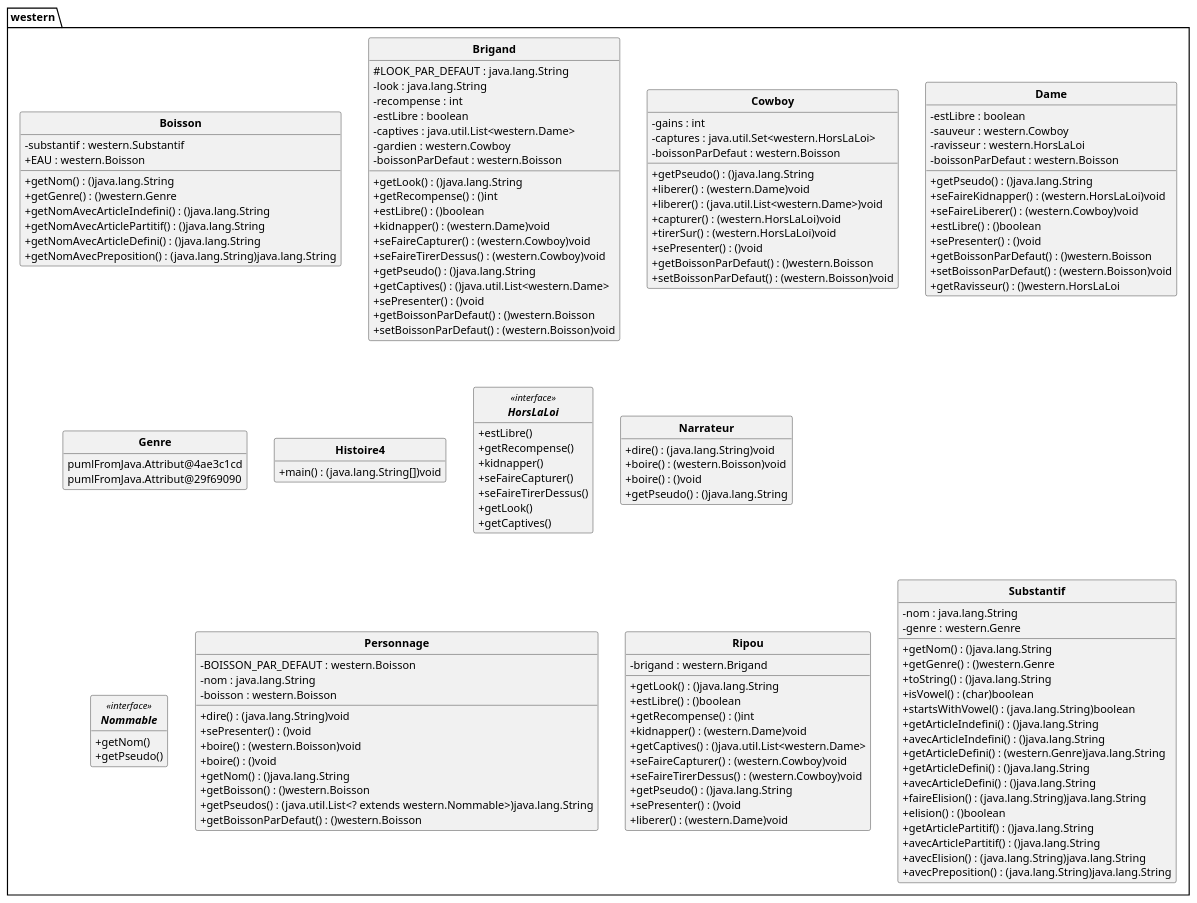
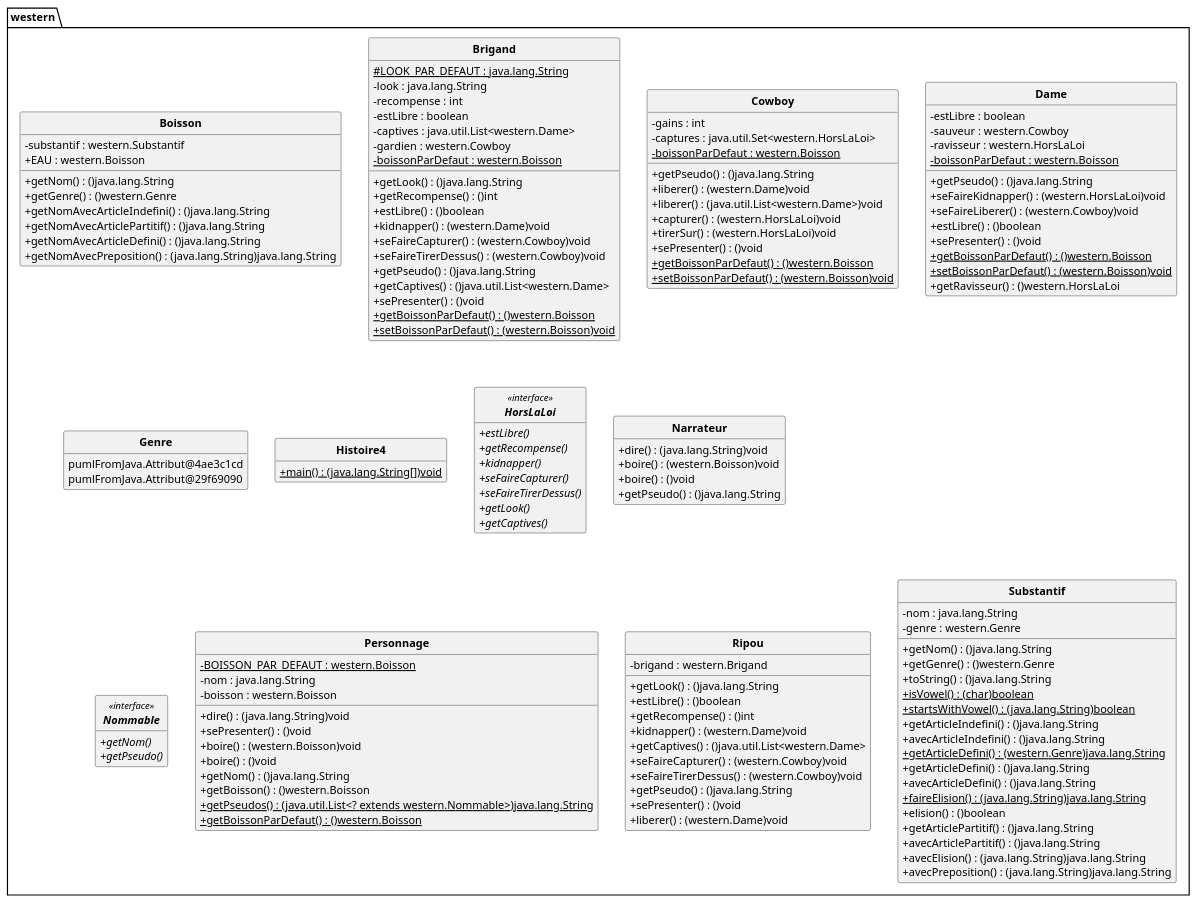
Before and after one commit to DimToups/Java-to-PUML-converter: the diagram in out/production/p21_projet/pumlFromJava/westernClass.puml, drawn with PlantUML. The commit also changed 4 other files, not shown here.

```diff
--- a/out/production/p21_projet/pumlFromJava/westernClass.puml
+++ b/out/production/p21_projet/pumlFromJava/westernClass.puml
@@ -1,153 +1,153 @@
 @startuml
 'https://plantuml.com/class-diagram
 skinparam style strictuml
 skinparam classAttributeIconSize 0
 skinparam classFontStyle Bold
 
 hide empty members
 
 package western{
 class Boisson{
 - substantif : western.Substantif
 + EAU : western.Boisson
 + getNom() : ()java.lang.String
 + getGenre() : ()western.Genre
 + getNomAvecArticleIndefini() : ()java.lang.String
 + getNomAvecArticlePartitif() : ()java.lang.String
 + getNomAvecArticleDefini() : ()java.lang.String
 + getNomAvecPreposition() : (java.lang.String)java.lang.String
 }
 
 class Brigand{
-# LOOK_PAR_DEFAUT : java.lang.String
+# LOOK_PAR_DEFAUT : java.lang.String {static}
 - look : java.lang.String
 - recompense : int
 - estLibre : boolean
 - captives : java.util.List<western.Dame>
 - gardien : western.Cowboy
-- boissonParDefaut : western.Boisson
+- boissonParDefaut : western.Boisson {static}
 + getLook() : ()java.lang.String
 + getRecompense() : ()int
 + estLibre() : ()boolean
 + kidnapper() : (western.Dame)void
 + seFaireCapturer() : (western.Cowboy)void
 + seFaireTirerDessus() : (western.Cowboy)void
 + getPseudo() : ()java.lang.String
 + getCaptives() : ()java.util.List<western.Dame>
 + sePresenter() : ()void
-+ getBoissonParDefaut() : ()western.Boisson
-+ setBoissonParDefaut() : (western.Boisson)void
++ getBoissonParDefaut() {static} : ()western.Boisson
++ setBoissonParDefaut() {static} : (western.Boisson)void
 }
 
 class Cowboy{
 - gains : int
 - captures : java.util.Set<western.HorsLaLoi>
-- boissonParDefaut : western.Boisson
+- boissonParDefaut : western.Boisson {static}
 + getPseudo() : ()java.lang.String
 + liberer() : (western.Dame)void
 + liberer() : (java.util.List<western.Dame>)void
 + capturer() : (western.HorsLaLoi)void
 + tirerSur() : (western.HorsLaLoi)void
 + sePresenter() : ()void
-+ getBoissonParDefaut() : ()western.Boisson
-+ setBoissonParDefaut() : (western.Boisson)void
++ getBoissonParDefaut() {static} : ()western.Boisson
++ setBoissonParDefaut() {static} : (western.Boisson)void
 }
 
 class Dame{
 - estLibre : boolean
 - sauveur : western.Cowboy
 - ravisseur : western.HorsLaLoi
-- boissonParDefaut : western.Boisson
+- boissonParDefaut : western.Boisson {static}
 + getPseudo() : ()java.lang.String
 + seFaireKidnapper() : (western.HorsLaLoi)void
 + seFaireLiberer() : (western.Cowboy)void
 + estLibre() : ()boolean
 + sePresenter() : ()void
-+ getBoissonParDefaut() : ()western.Boisson
-+ setBoissonParDefaut() : (western.Boisson)void
++ getBoissonParDefaut() {static} : ()western.Boisson
++ setBoissonParDefaut() {static} : (western.Boisson)void
 + getRavisseur() : ()western.HorsLaLoi
 }
 
 class Genre{
 pumlFromJava.Attribut@4ae3c1cd
 pumlFromJava.Attribut@29f69090
 }
 
 class Histoire4{
-+ main() : (java.lang.String[])void
++ main() {static} : (java.lang.String[])void
 }
 
 interface HorsLaLoi<<interface>>{
-+ estLibre()
-+ getRecompense()
-+ kidnapper()
-+ seFaireCapturer()
-+ seFaireTirerDessus()
-+ getLook()
-+ getCaptives()
++ estLibre() {abstract}
++ getRecompense() {abstract}
++ kidnapper() {abstract}
++ seFaireCapturer() {abstract}
++ seFaireTirerDessus() {abstract}
++ getLook() {abstract}
++ getCaptives() {abstract}
 }
 
 class Narrateur{
 + dire() : (java.lang.String)void
 + boire() : (western.Boisson)void
 + boire() : ()void
 + getPseudo() : ()java.lang.String
 }
 
 interface Nommable<<interface>>{
-+ getNom()
-+ getPseudo()
++ getNom() {abstract}
++ getPseudo() {abstract}
 }
 
 class Personnage{
-- BOISSON_PAR_DEFAUT : western.Boisson
+- BOISSON_PAR_DEFAUT : western.Boisson {static}
 - nom : java.lang.String
 - boisson : western.Boisson
 + dire() : (java.lang.String)void
 + sePresenter() : ()void
 + boire() : (western.Boisson)void
 + boire() : ()void
 + getNom() : ()java.lang.String
 + getBoisson() : ()western.Boisson
-+ getPseudos() : (java.util.List<? extends western.Nommable>)java.lang.String
-+ getBoissonParDefaut() : ()western.Boisson
++ getPseudos() {static} : (java.util.List<? extends western.Nommable>)java.lang.String
++ getBoissonParDefaut() {static} : ()western.Boisson
 }
 
 class Ripou{
 - brigand : western.Brigand
 + getLook() : ()java.lang.String
 + estLibre() : ()boolean
 + getRecompense() : ()int
 + kidnapper() : (western.Dame)void
 + getCaptives() : ()java.util.List<western.Dame>
 + seFaireCapturer() : (western.Cowboy)void
 + seFaireTirerDessus() : (western.Cowboy)void
 + getPseudo() : ()java.lang.String
 + sePresenter() : ()void
 + liberer() : (western.Dame)void
 }
 
 class Substantif{
 - nom : java.lang.String
 - genre : western.Genre
 + getNom() : ()java.lang.String
 + getGenre() : ()western.Genre
 + toString() : ()java.lang.String
-+ isVowel() : (char)boolean
-+ startsWithVowel() : (java.lang.String)boolean
++ isVowel() {static} : (char)boolean
++ startsWithVowel() {static} : (java.lang.String)boolean
 + getArticleIndefini() : ()java.lang.String
 + avecArticleIndefini() : ()java.lang.String
-+ getArticleDefini() : (western.Genre)java.lang.String
++ getArticleDefini() {static} : (western.Genre)java.lang.String
 + getArticleDefini() : ()java.lang.String
 + avecArticleDefini() : ()java.lang.String
-+ faireElision() : (java.lang.String)java.lang.String
++ faireElision() {static} : (java.lang.String)java.lang.String
 + elision() : ()boolean
 + getArticlePartitif() : ()java.lang.String
 + avecArticlePartitif() : ()java.lang.String
 + avecElision() : (java.lang.String)java.lang.String
 + avecPreposition() : (java.lang.String)java.lang.String
 }
 
 
 }
 @enduml
```
